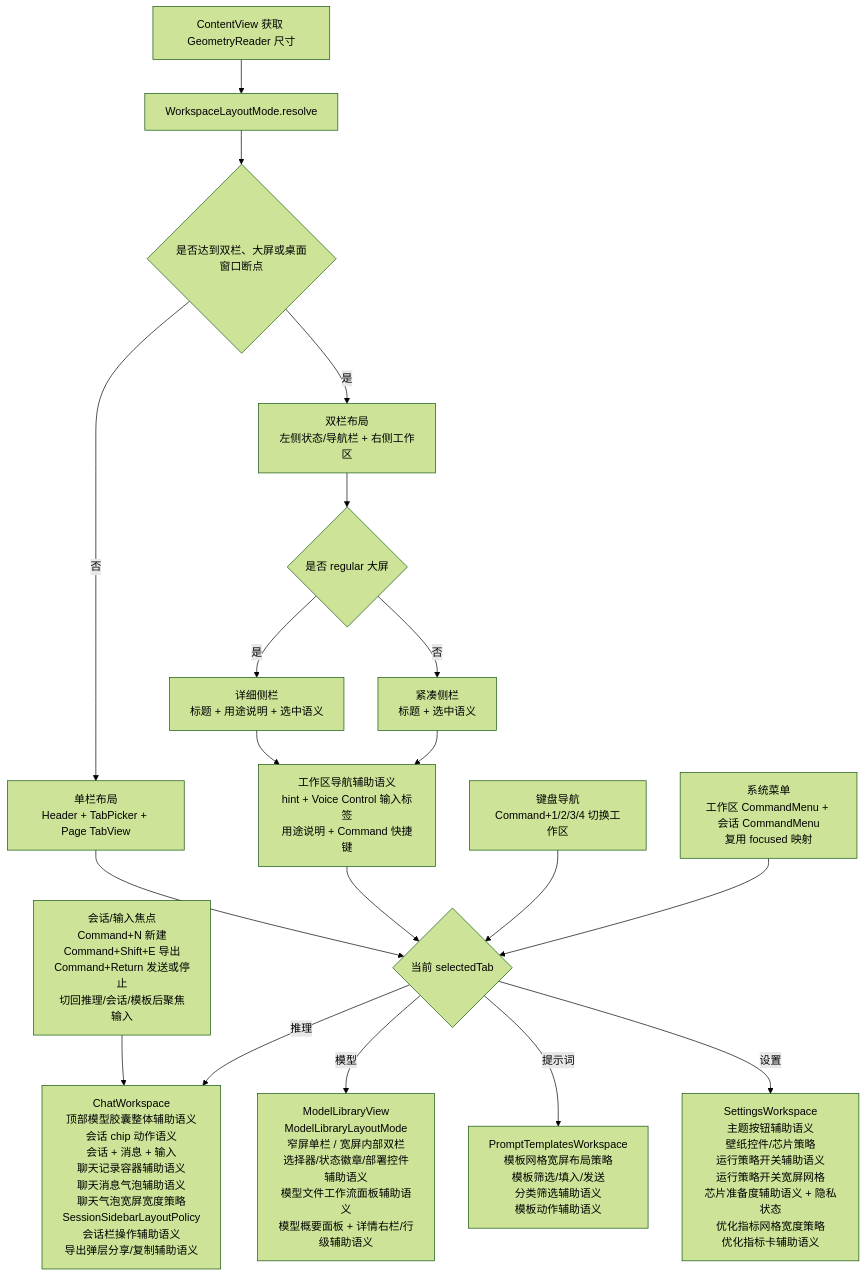
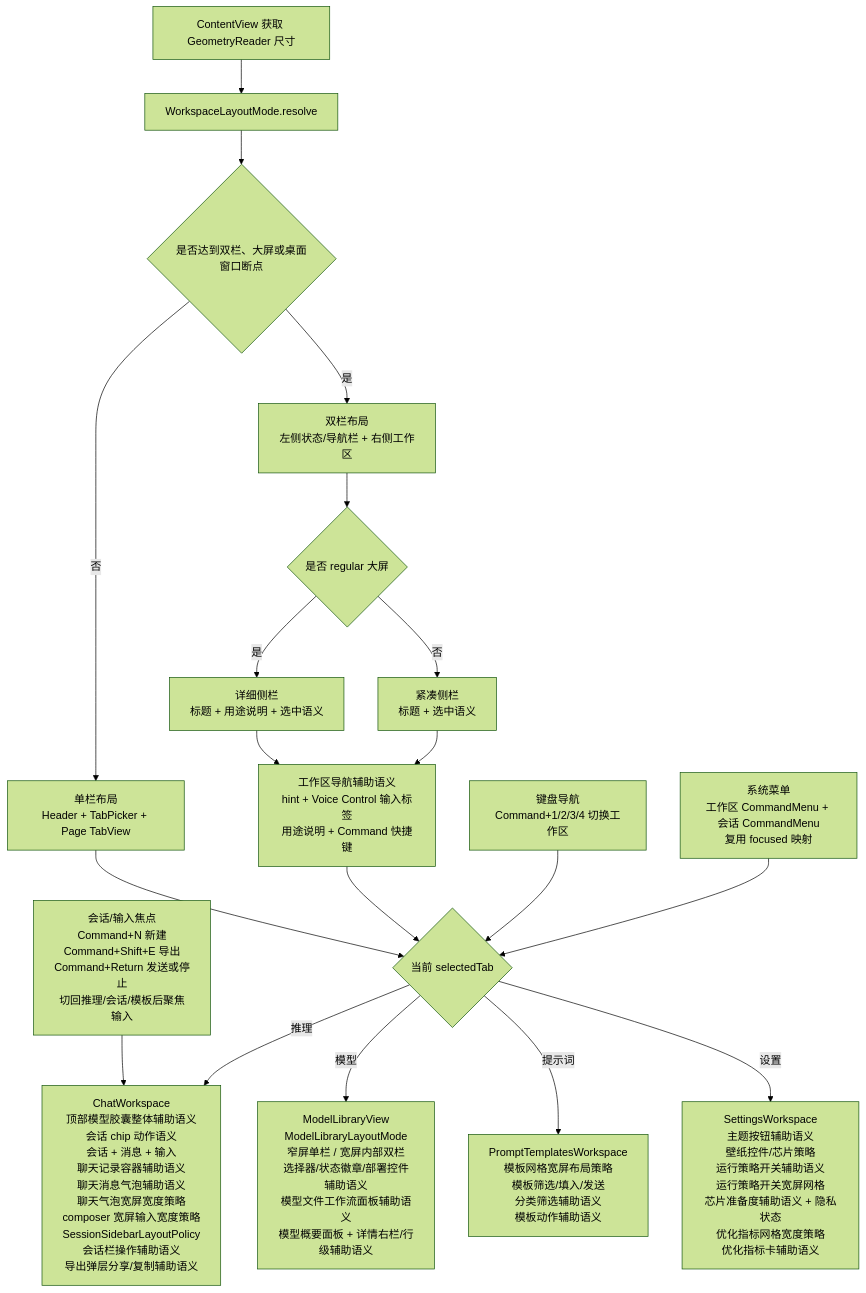
One commit to Altman-sam114/113 changed the fourth of 9 diagrams in md/flow/flowchart.md. Above: the diagram before and after it, drawn with Mermaid (forest theme). The commit also changed other lines of this file and 8 other files, not shown here.

````diff
--- a/md/flow/flowchart.md
+++ b/md/flow/flowchart.md
@@ -68,21 +68,21 @@
 ```mermaid
 flowchart TD
     A[ContentView 获取 GeometryReader 尺寸] --> B[WorkspaceLayoutMode.resolve]
     B --> C{是否达到双栏、大屏或桌面窗口断点}
     C -- 否 --> D[单栏布局<br/>Header + TabPicker + Page TabView]
     C -- 是 --> E[双栏布局<br/>左侧状态/导航栏 + 右侧工作区]
     E --> N{是否 regular 大屏}
     N -- 是 --> O[详细侧栏<br/>标题 + 用途说明 + 选中语义]
     N -- 否 --> P[紧凑侧栏<br/>标题 + 选中语义]
     D --> F{当前 selectedTab}
     O --> X[工作区导航辅助语义<br/>hint + Voice Control 输入标签<br/>用途说明 + Command 快捷键]
     P --> X
     X --> F
     K[键盘导航<br/>Command+1/2/3/4 切换工作区] --> F
     M[系统菜单<br/>工作区 CommandMenu + 会话 CommandMenu<br/>复用 focused 映射] --> F
     L[会话/输入焦点<br/>Command+N 新建<br/>Command+Shift+E 导出<br/>Command+Return 发送或停止<br/>切回推理/会话/模板后聚焦输入] --> G
-    F -- 推理 --> G[ChatWorkspace<br/>顶部模型胶囊整体辅助语义<br/>会话 chip 动作语义<br/>会话 + 消息 + 输入<br/>聊天记录容器辅助语义<br/>聊天消息气泡辅助语义<br/>聊天气泡宽屏宽度策略<br/>SessionSidebarLayoutPolicy<br/>会话栏操作辅助语义<br/>导出弹层分享/复制辅助语义]
+    F -- 推理 --> G[ChatWorkspace<br/>顶部模型胶囊整体辅助语义<br/>会话 chip 动作语义<br/>会话 + 消息 + 输入<br/>聊天记录容器辅助语义<br/>聊天消息气泡辅助语义<br/>聊天气泡宽屏宽度策略<br/>composer 宽屏输入宽度策略<br/>SessionSidebarLayoutPolicy<br/>会话栏操作辅助语义<br/>导出弹层分享/复制辅助语义]
     F -- 模型 --> H[ModelLibraryView<br/>ModelLibraryLayoutMode<br/>窄屏单栏 / 宽屏内部双栏<br/>选择器/状态徽章/部署控件辅助语义<br/>模型文件工作流面板辅助语义<br/>模型概要面板 + 详情右栏/行级辅助语义]
     F -- 提示词 --> I[PromptTemplatesWorkspace<br/>模板网格宽屏布局策略<br/>模板筛选/填入/发送<br/>分类筛选辅助语义<br/>模板动作辅助语义]
     F -- 设置 --> J[SettingsWorkspace<br/>主题按钮辅助语义<br/>壁纸控件/芯片策略<br/>运行策略开关辅助语义<br/>运行策略开关宽屏网格<br/>芯片准备度辅助语义 + 隐私状态<br/>优化指标网格宽度策略<br/>优化指标卡辅助语义]
 ```
````
